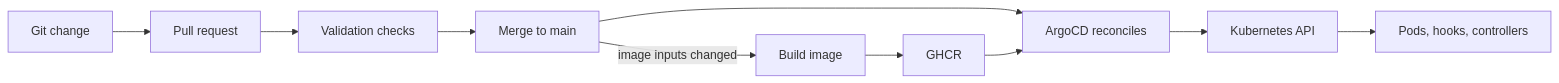
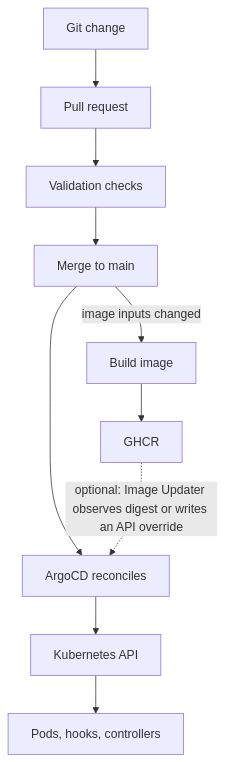
The second of 2 diagrams in README.md (vityasyyy/invenio-rdm-gitops), drawn with Mermaid before and after one commit. The commit also changed other lines of this file and 1 other file, not shown here.

First line of the commit message:
docs(architecture): correct seed status and evidence boundaries

````diff
--- a/README.md
+++ b/README.md
@@ -104,12 +104,12 @@
 ```mermaid
-flowchart LR
+flowchart TD
     Change[Git change] --> PR[Pull request]
     PR --> CI[Validation checks]
     CI --> Merge[Merge to main]
     Merge --> Argo[ArgoCD reconciles]
     Merge -->|image inputs changed| Build[Build image]
     Build --> GHCR[GHCR]
-    GHCR --> Argo
+    GHCR -.->|optional: Image Updater observes digest or writes an API override| Argo
     Argo --> K8s[Kubernetes API]
     K8s --> Workloads[Pods, hooks, controllers]
 ```
````
